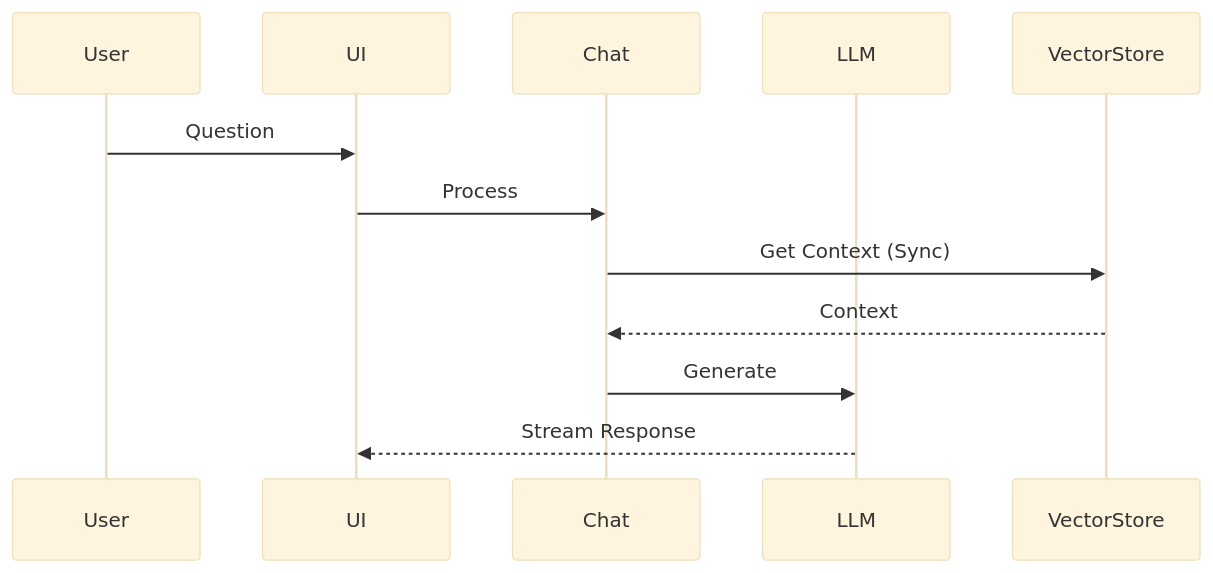
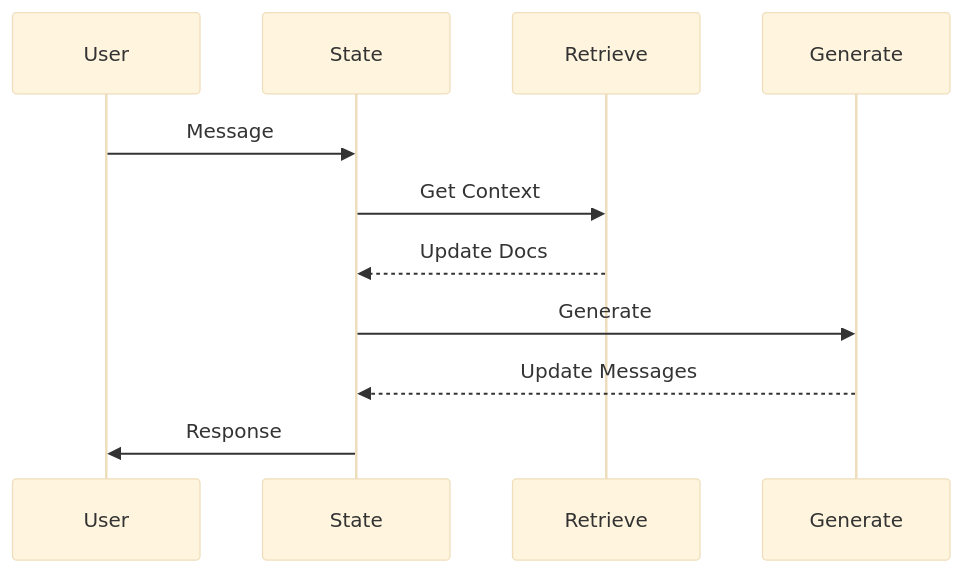
One commit to laialex501/lorechat-container changed the second of 3 diagrams in memory-bank/systemPatterns.md. Above: the diagram before and after it, drawn with Mermaid (base theme). The commit also changed other lines of this file and 30 other files, not shown here.

````diff
--- a/memory-bank/systemPatterns.md
+++ b/memory-bank/systemPatterns.md
@@ -68,15 +58,14 @@
 ```mermaid
 sequenceDiagram
     participant U as User
-    participant UI as UI
-    participant C as Chat
-    participant L as LLM
-    participant V as VectorStore
+    participant S as State
+    participant R as Retrieve
+    participant G as Generate
     
-    U->>UI: Question
-    UI->>C: Process
-    C->>V: Get Context (Sync)
-    V-->>C: Context
-    C->>L: Generate
-    L-->>UI: Stream Response
+    U->>S: Message
+    S->>R: Get Context
+    R-->>S: Update Docs
+    S->>G: Generate
+    G-->>S: Update Messages
+    S->>U: Response
 ```
````
